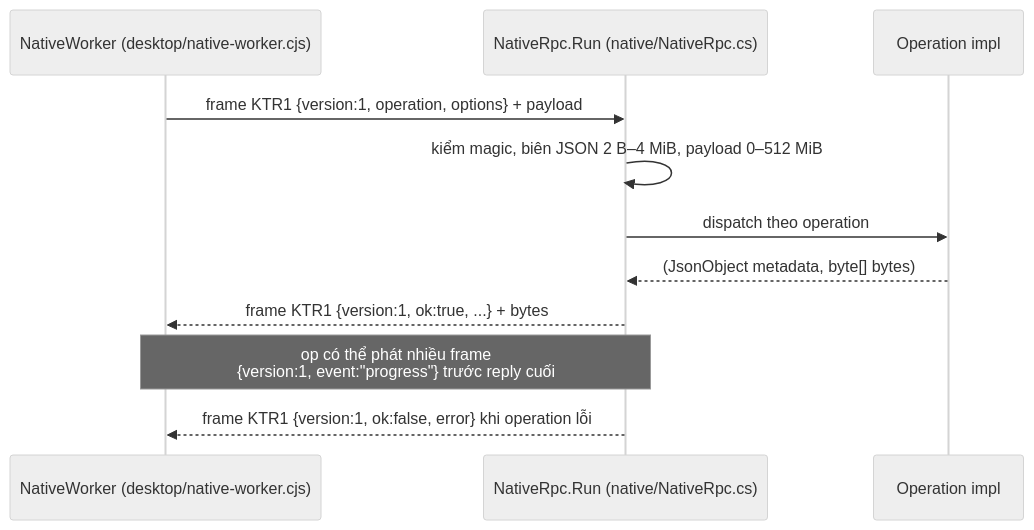
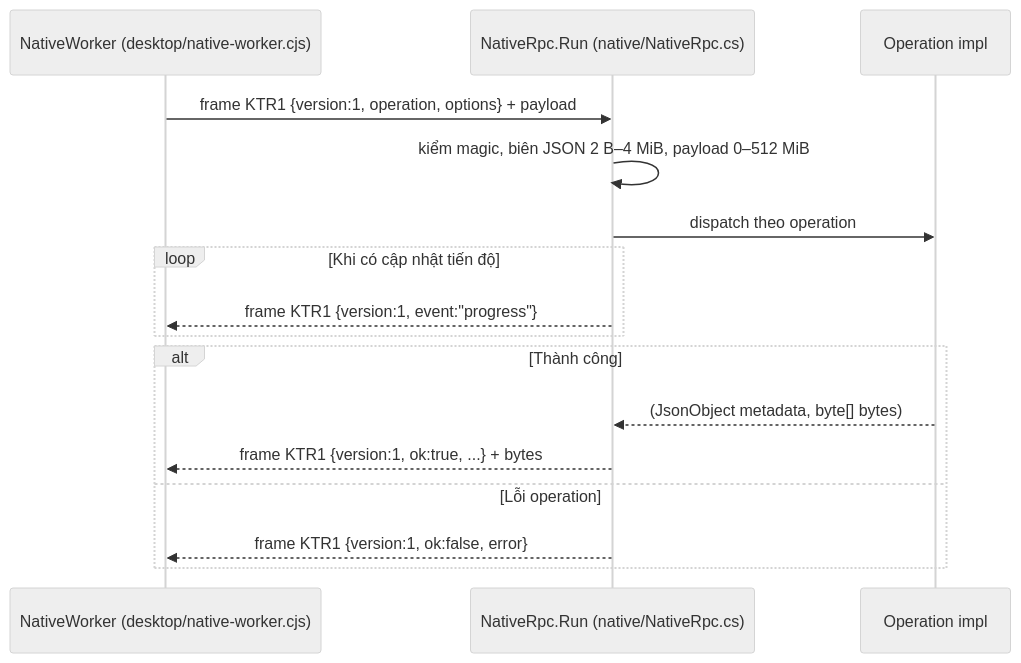
One commit to ArturLauche/Nixio changed the second of 6 diagrams in docs/architecture.md. Above: the diagram before and after it, drawn with Mermaid (neutral theme). The commit also changed other lines of this file, not shown here.

Commit message:
Align architecture diagrams and lifecycle descriptions with code

````diff
--- a/docs/architecture.md
+++ b/docs/architecture.md
@@ -53,14 +53,19 @@
 ```mermaid
 sequenceDiagram
     participant JS as NativeWorker (desktop/native-worker.cjs)
     participant CS as NativeRpc.Run (native/NativeRpc.cs)
     participant OP as Operation impl
 
     JS->>CS: frame KTR1 {version:1, operation, options} + payload
     CS->>CS: kiểm magic, biên JSON 2 B–4 MiB, payload 0–512 MiB
     CS->>OP: dispatch theo operation
-    OP-->>CS: (JsonObject metadata, byte[] bytes)
-    CS-->>JS: frame KTR1 {version:1, ok:true, ...} + bytes
-    Note over CS,JS: op có thể phát nhiều frame<br/>{version:1, event:"progress"} trước reply cuối
-    CS-->>JS: frame KTR1 {version:1, ok:false, error} khi operation lỗi
+    loop Khi có cập nhật tiến độ
+        CS-->>JS: frame KTR1 {version:1, event:"progress"}
+    end
+    alt Thành công
+        OP-->>CS: (JsonObject metadata, byte[] bytes)
+        CS-->>JS: frame KTR1 {version:1, ok:true, ...} + bytes
+    else Lỗi operation
+        CS-->>JS: frame KTR1 {version:1, ok:false, error}
+    end
 ```
````
